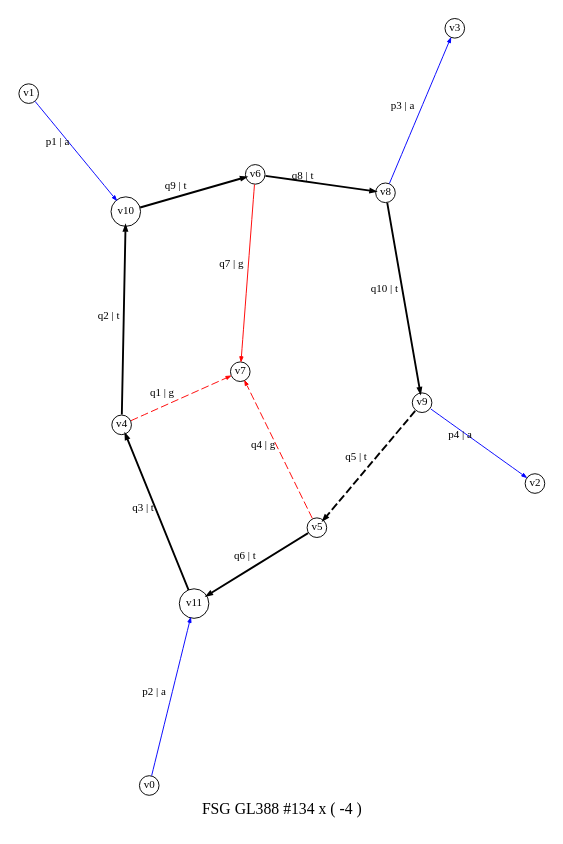
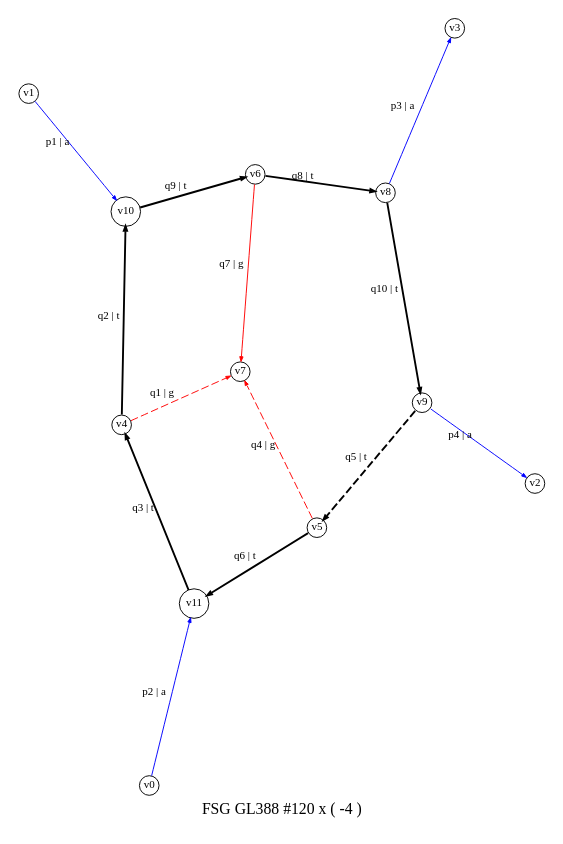
The diagram in aa_ttx/SupplementaryMaterial/drawings/GL388.dot (alphal00p/alphaLoopMisc), drawn with Graphviz before and after one commit. The commit also changed 139 other files, not shown here.

```diff
--- a/aa_ttx/SupplementaryMaterial/drawings/GL388.dot
+++ b/aa_ttx/SupplementaryMaterial/drawings/GL388.dot
@@ -1,25 +1,25 @@
 digraph dot_134_0_GL388 {
-label="FSG GL388 #134 x ( -4 )";
+label="FSG GL388 #120 x ( -4 )";
 noverlap="scale"; layout="neato";
 graph [ 
 overall_factor="NumeratorDependentGrouping(388,1,AntiFermionSpinSumSign(1)*AutG(1)^-1*ExternalFermionOrderingSign(1)*InternalFermionLoopSign(-1)*NumeratorIndependentSymmetryGrouping(2))+NumeratorDependentGrouping(389,1,AntiFermionSpinSumSign(1)*AutG(1)^-1*ExternalFermionOrderingSign(1)*InternalFermionLoopSign(-1)*NumeratorIndependentSymmetryGrouping(2))",
 overall_factor_evaluated="-4",
 fontsize=10,ratio=1.5
  ];
 node [ fontsize=7,shape=circle,margin=0,height=0.01,penwidth=0.6 ];
 edge [ fontsize=7,arrowsize=0.3,penwidth=0.6 ];
 "v1" -> "v10" [label="p1 | a",color="blue",penwidth="0.6",style="solid"];
 "v0" -> "v11" [label="p2 | a",color="blue",penwidth="0.6",style="solid"];
 "v8" -> "v3" [label="p3 | a",color="blue",penwidth="0.6",style="solid"];
 "v9" -> "v2" [label="p4 | a",color="blue",penwidth="0.6",style="solid"];
 "v4" -> "v7" [label="q1 | g",color="red",penwidth="0.6",style="dashed"];
 "v4" -> "v10" [label="q2 | t",color="black",penwidth="1.2",style="solid"];
 "v11" -> "v4" [label="q3 | t",color="black",penwidth="1.2",style="solid"];
 "v5" -> "v7" [label="q4 | g",color="red",penwidth="0.6",style="dashed"];
 "v9" -> "v5" [label="q5 | t",color="black",penwidth="1.2",style="dashed"];
 "v5" -> "v11" [label="q6 | t",color="black",penwidth="1.2",style="solid"];
 "v6" -> "v7" [label="q7 | g",color="red",penwidth="0.6",style="solid"];
 "v6" -> "v8" [label="q8 | t",color="black",penwidth="1.2",style="solid"];
 "v10" -> "v6" [label="q9 | t",color="black",penwidth="1.2",style="solid"];
 "v8" -> "v9" [label="q10 | t",color="black",penwidth="1.2",style="solid"];
 }
```
